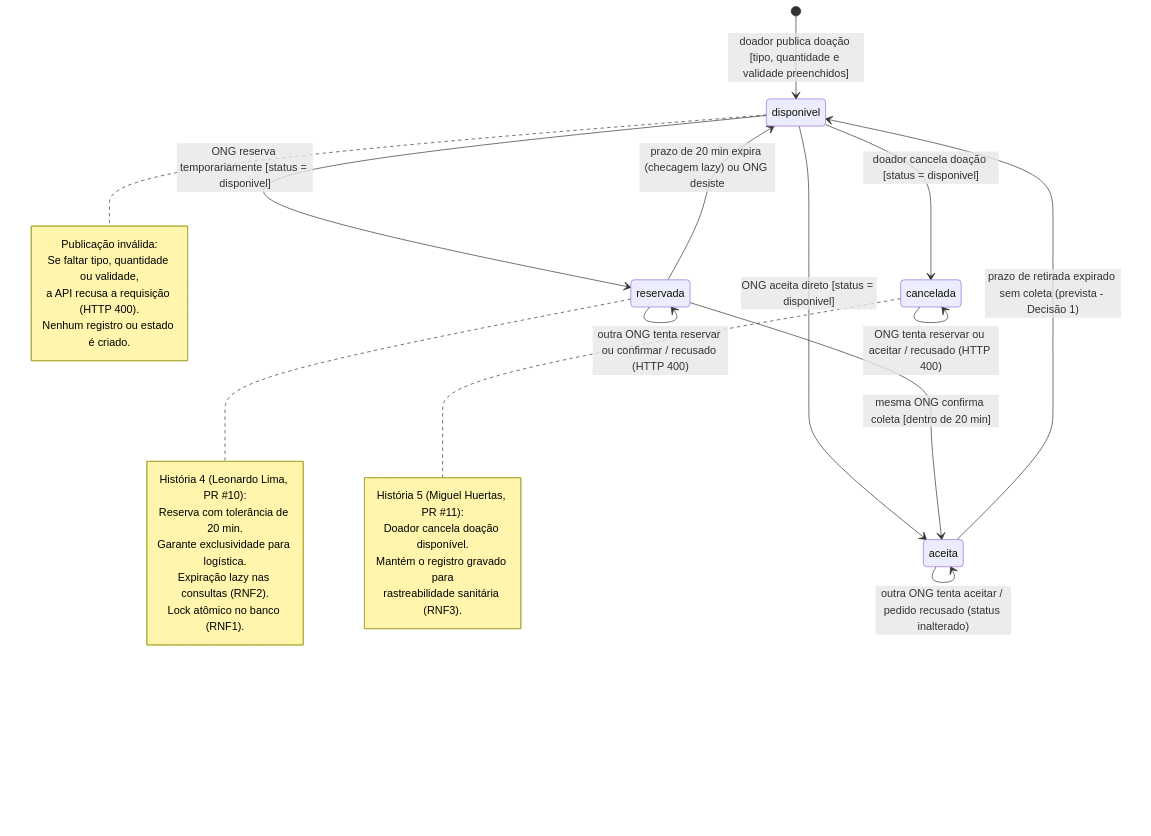
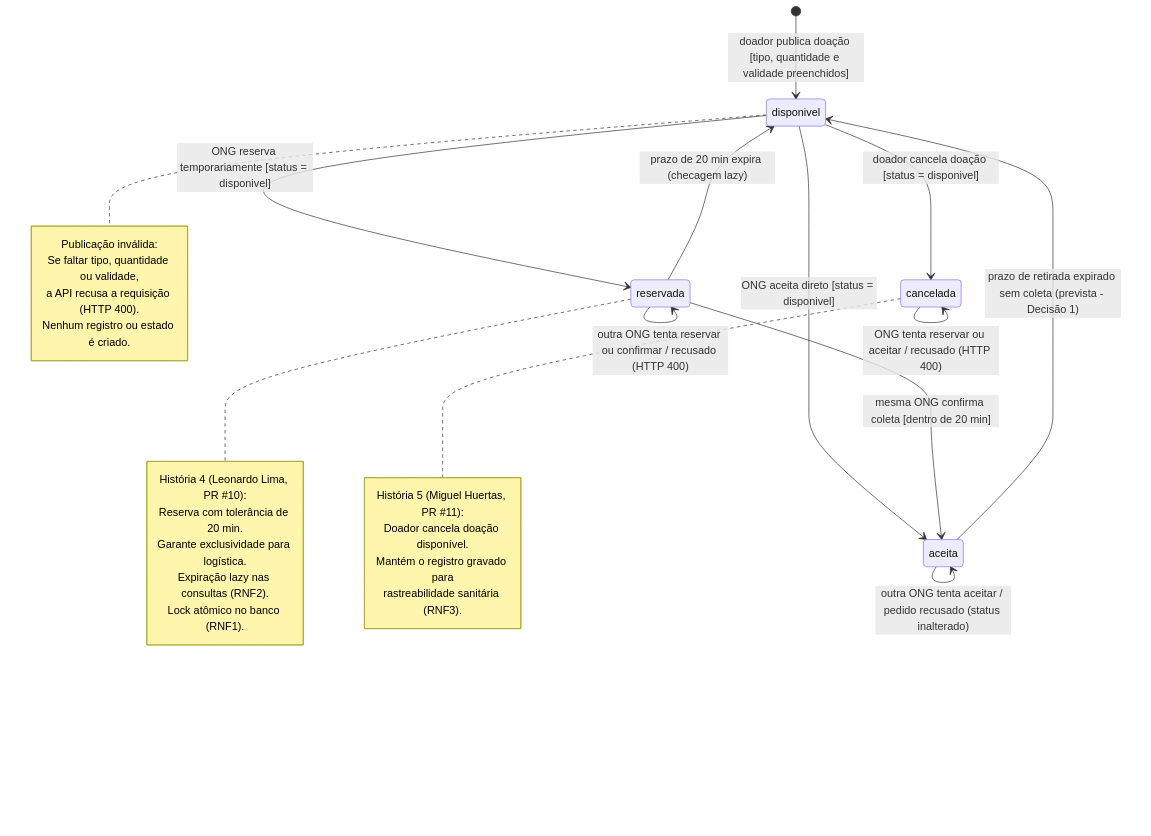
One commit to migueldufloth/g1126-template-prato-cheio changed the diagram in docs/diagramas/estados-doacao.md. Above: the diagram before and after it, drawn with Mermaid.

Commit message:
docs(diagramas): remove mencao a desistencia de reserva no diagrama de estados

````diff
--- a/docs/diagramas/estados-doacao.md
+++ b/docs/diagramas/estados-doacao.md
@@ -44,39 +44,39 @@
 ```mermaid
 stateDiagram-v2
     [*] --> disponivel : doador publica doação [tipo, quantidade e validade preenchidos]
 
     note right of disponivel
         Publicação inválida:
         Se faltar tipo, quantidade ou validade,
         a API recusa a requisição (HTTP 400).
         Nenhum registro ou estado é criado.
     end note
 
     disponivel --> aceita : ONG aceita direto [status = disponivel]
     aceita --> aceita : outra ONG tenta aceitar / pedido recusado (status inalterado)
 
     disponivel --> reservada : ONG reserva temporariamente [status = disponivel]
     reservada --> aceita : mesma ONG confirma coleta [dentro de 20 min]
-    reservada --> disponivel : prazo de 20 min expira (checagem lazy) ou ONG desiste
+    reservada --> disponivel : prazo de 20 min expira (checagem lazy)
     reservada --> reservada : outra ONG tenta reservar ou confirmar / recusado (HTTP 400)
 
     disponivel --> cancelada : doador cancela doação [status = disponivel]
     cancelada --> cancelada : ONG tenta reservar ou aceitar / recusado (HTTP 400)
 
     aceita --> disponivel : prazo de retirada expirado sem coleta (prevista - Decisão 1)
 
     note right of reservada
         História 4 (Leonardo Lima, PR #10):
         Reserva com tolerância de 20 min.
         Garante exclusividade para logística.
         Expiração lazy nas consultas (RNF2).
         Lock atômico no banco (RNF1).
     end note
 
     note right of cancelada
         História 5 (Miguel Huertas, PR #11):
         Doador cancela doação disponível.
         Mantém o registro gravado para
         rastreabilidade sanitária (RNF3).
     end note
 ```
````
